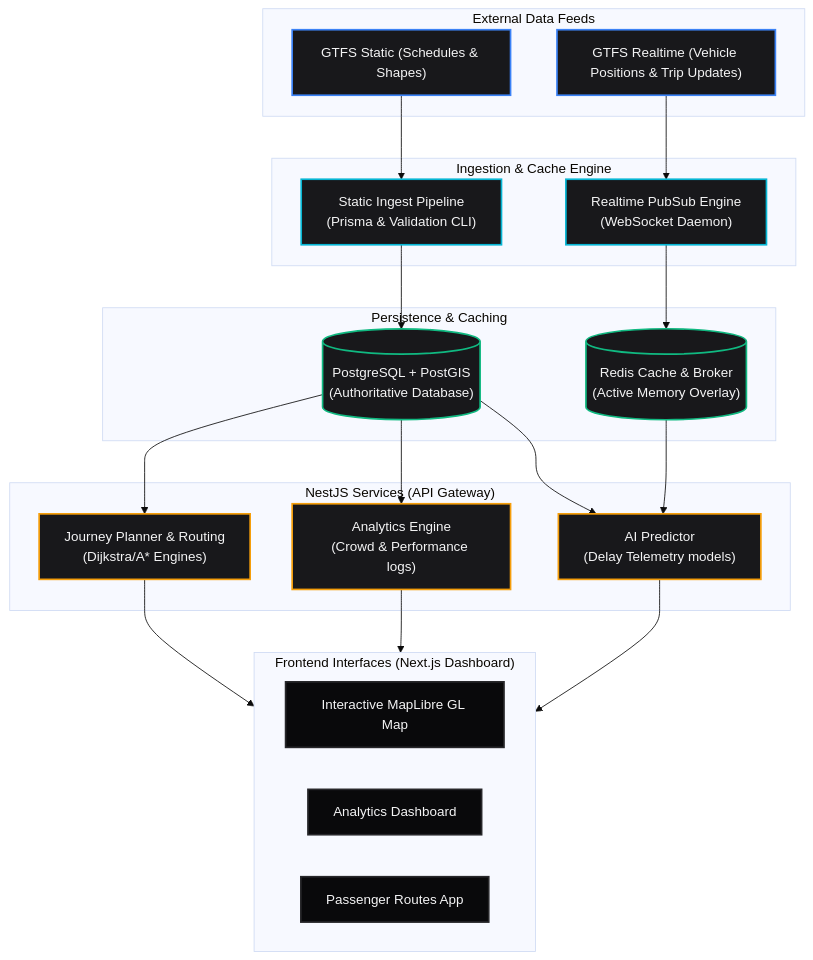
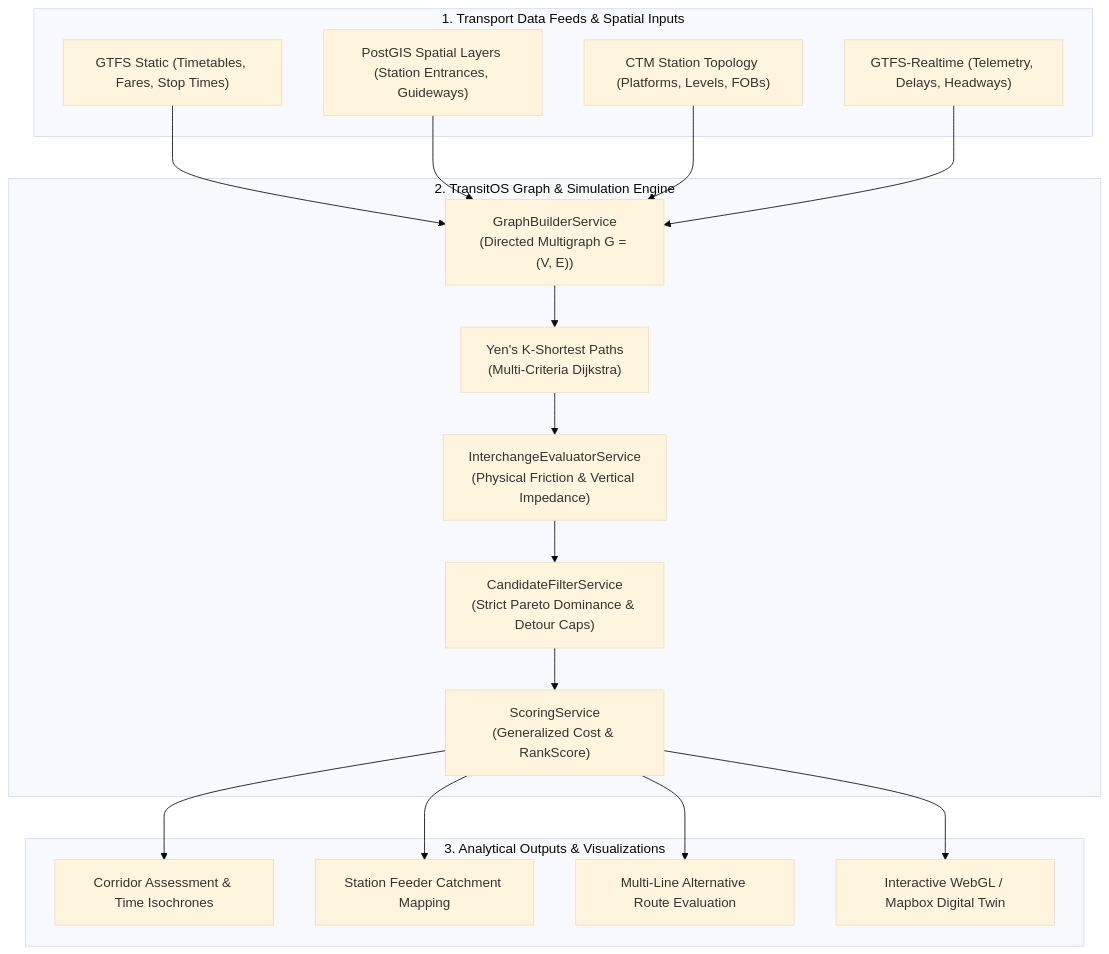
One commit to Gautam2665/MetroRadar changed the diagram in README.md. Above: the diagram before and after it, drawn with Mermaid (base theme). The commit also changed other lines of this file, not shown here.

Commit message:
docs: overhaul README with transport engineering methodology, generalized cost modeling, and corridor scenario analytics

````diff
--- a/README.md
+++ b/README.md
@@ -47,53 +37,31 @@
 ```mermaid
 flowchart TD
-    %% Define Styles
-    classDef datasource fill:#18181b,stroke:#3b82f6,stroke-width:2px,color:#f4f4f5;
-    classDef pipeline fill:#18181b,stroke:#06b6d4,stroke-width:2px,color:#f4f4f5;
-    classDef storage fill:#18181b,stroke:#10b981,stroke-width:2px,color:#f4f4f5;
-    classDef services fill:#18181b,stroke:#f59e0b,stroke-width:2px,color:#f4f4f5;
-    classDef client fill:#09090b,stroke:#27272a,stroke-width:2px,color:#f4f4f5;
-
-    %% Nodes
-    subgraph DataSources["External Data Feeds"]
-        GS["GTFS Static (Schedules & Shapes)"]:::datasource
-        GR["GTFS Realtime (Vehicle Positions & Trip Updates)"]:::datasource
+    subgraph InputData["1. Transport Data Feeds & Spatial Inputs"]
+        G1["GTFS Static (Timetables, Fares, Stop Times)"]
+        G2["PostGIS Spatial Layers (Station Entrances, Guideways)"]
+        G3["CTM Station Topology (Platforms, Levels, FOBs)"]
+        G4["GTFS-Realtime (Telemetry, Delays, Headways)"]
     end
 
-    subgraph Pipelines["Ingestion & Cache Engine"]
-        StaticWorker["Static Ingest Pipeline<br/>(Prisma & Validation CLI)"]:::pipeline
-        RealtimeWorker["Realtime PubSub Engine<br/>(WebSocket Daemon)"]:::pipeline
+    subgraph CoreEngine["2. TransitOS Graph & Simulation Engine"]
+        GB["GraphBuilderService<br/>(Directed Multigraph G = (V, E))"]
+        Router["Yen's K-Shortest Paths<br/>(Multi-Criteria Dijkstra)"]
+        IE["InterchangeEvaluatorService<br/>(Physical Friction & Vertical Impedance)"]
+        CF["CandidateFilterService<br/>(Strict Pareto Dominance & Detour Caps)"]
+        Scorer["ScoringService<br/>(Generalized Cost & RankScore)"]
     end
 
-    subgraph Storage["Persistence & Caching"]
-        Postgres[("PostgreSQL + PostGIS<br/>(Authoritative Database)")]:::storage
-        RedisCache[("Redis Cache & Broker<br/>(Active Memory Overlay)")]:::storage
+    subgraph Outputs["3. Analytical Outputs & Visualizations"]
+        V1["Corridor Assessment & Time Isochrones"]
+        V2["Station Feeder Catchment Mapping"]
+        V3["Multi-Line Alternative Route Evaluation"]
+        V4["Interactive WebGL / Mapbox Digital Twin"]
     end
 
-    subgraph CoreServices["NestJS Services (API Gateway)"]
-        JourneyAPI["Journey Planner & Routing<br/>(Dijkstra/A* Engines)"]:::services
-        AnalyticsEngine["Analytics Engine<br/>(Crowd & Performance logs)"]:::services
-        AIService["AI Predictor<br/>(Delay Telemetry models)"]:::services
-    end
-
-    subgraph Clients["Frontend Interfaces (Next.js Dashboard)"]
-        DynamicMaps["Interactive MapLibre GL Map"]:::client
-        AdminDashboard["Analytics Dashboard"]:::client
-        CommuterApp["Passenger Routes App"]:::client
-    end
-
-    %% Relationships
-    GS --> StaticWorker
-    GR --> RealtimeWorker
-
-    StaticWorker --> Postgres
-    RealtimeWorker --> RedisCache
-
-    Postgres --> JourneyAPI
-    Postgres --> AnalyticsEngine
-    RedisCache --> AIService
-    Postgres --> AIService
-
-    JourneyAPI --> Clients
-    AnalyticsEngine --> Clients
-    AIService --> Clients
+    G1 & G2 & G3 & G4 --> GB
+    GB --> Router
+    Router --> IE
+    IE --> CF
+    CF --> Scorer
+    Scorer --> V1 & V2 & V3 & V4
 ```
````
